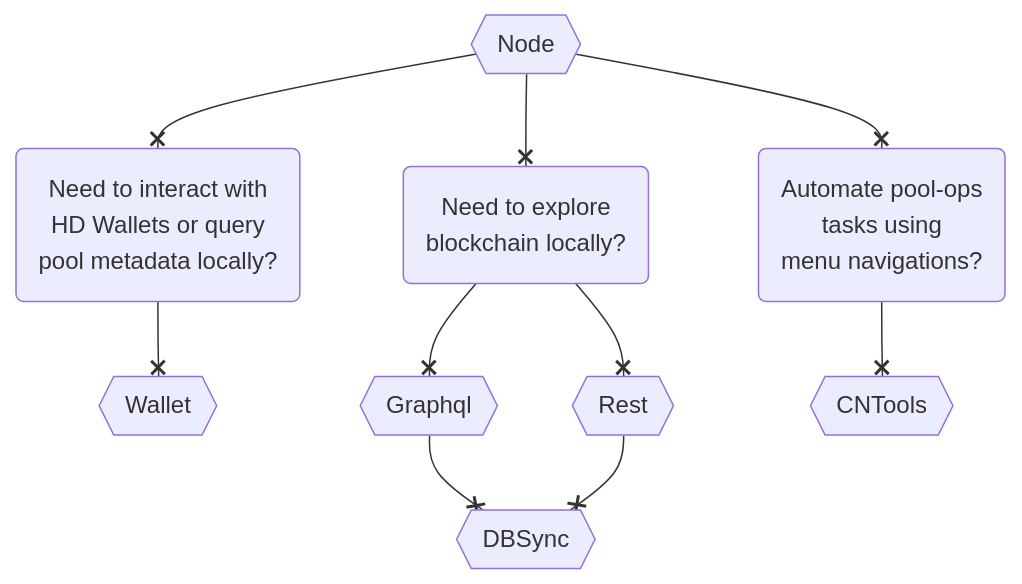
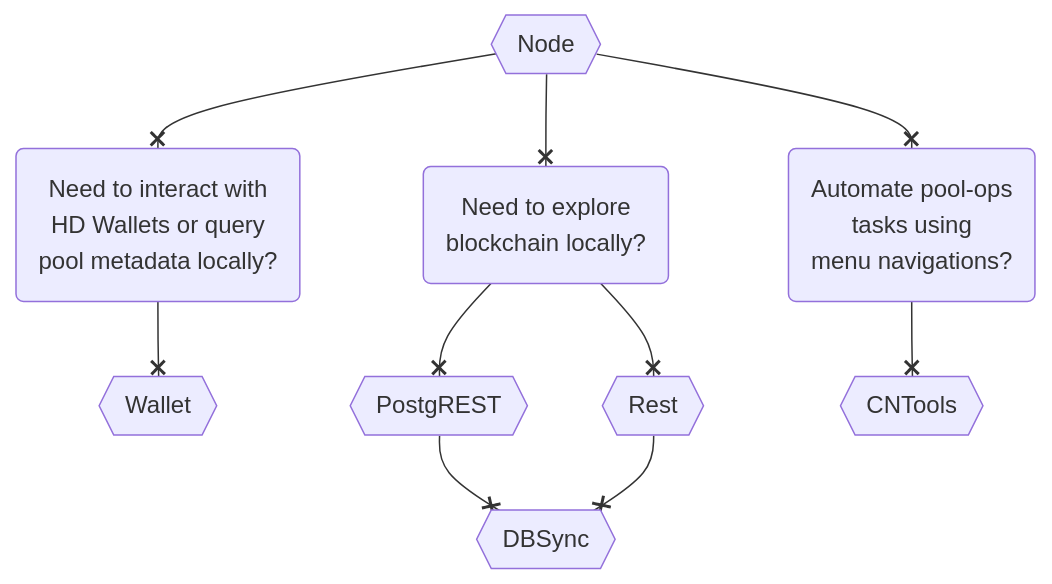
Before and after one commit to cardano-community/guild-operators: the diagram in docs/build.md, drawn with Mermaid. The commit also changed 4 other files, not shown here.

Commit message:
Update doco for PostgREST

````diff
--- a/docs/build.md
+++ b/docs/build.md
@@ -7,19 +7,19 @@
 ```mermaid
 graph TB
   A(Need to interact with <br/>HD Wallets or query<br/> pool metadata locally?)
   B(Need to explore <br/> blockchain locally?)
   C(Automate pool-ops <br/> tasks using <br/> menu navigations?)
   O{{Node}}
-  P{{Graphql}}
+  P{{PostgREST}}
   Q{{DBSync }}
   R{{Wallet}}
   S{{CNTools}}
   T{{Rest}}
 
 O --x A --x R
 O --x B
 B --x P --x Q
 B --x T --x Q
 O --x C
 C --x S
 ```
````
